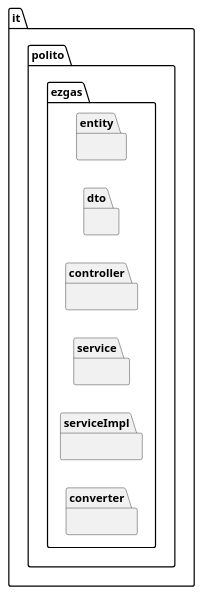
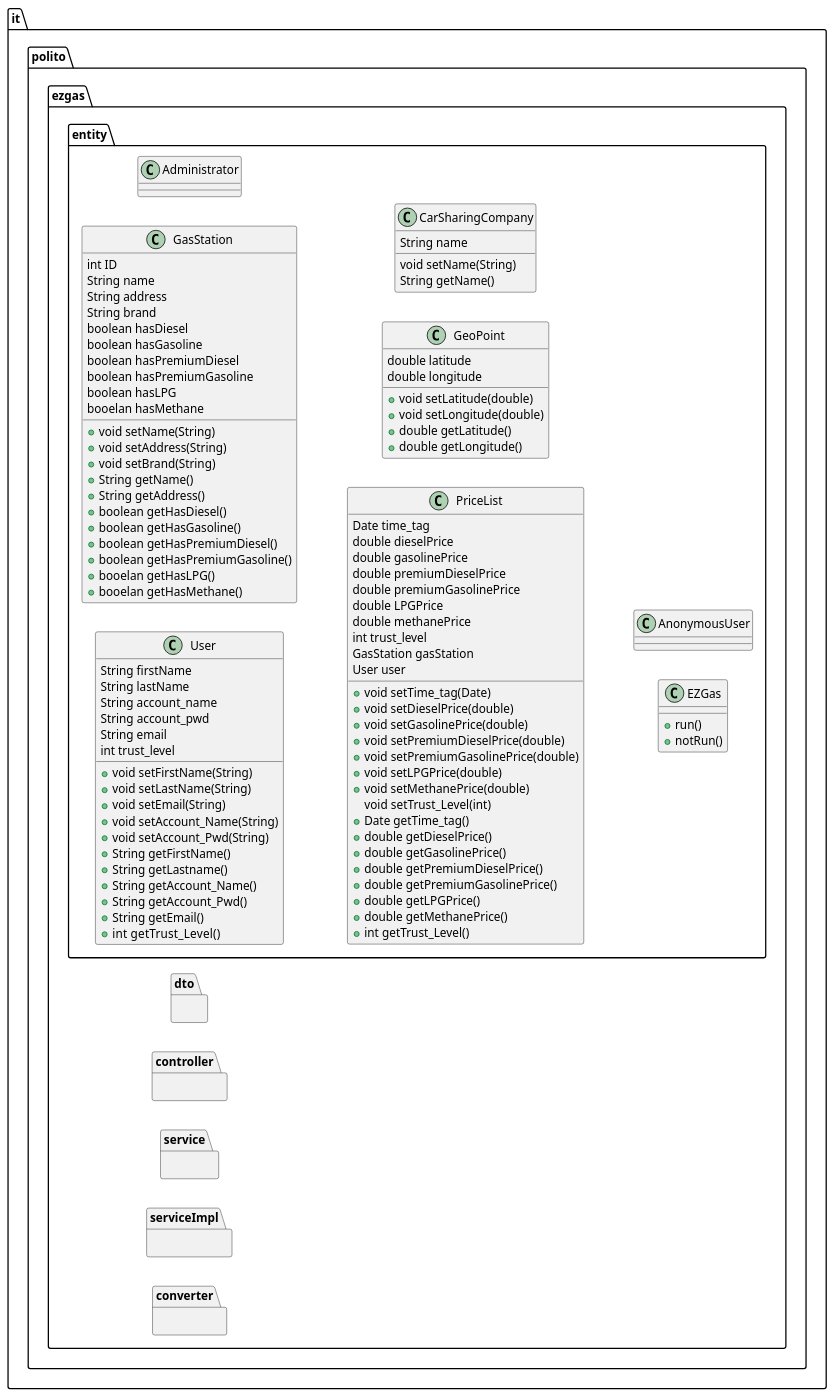
One commit to LucaOddoneSE/EZGas changed the fourth of 4 diagrams in docs/DesignDocument.md. Above: the diagram before and after it, drawn with PlantUML.

Commit message:
docs:adding entity classes

````diff
--- a/docs/DesignDocument.md
+++ b/docs/DesignDocument.md
@@ -227,11 +227,106 @@
 ```plantuml
 
 @startuml
-scale 200 width
-scale 700 height
 left to right direction
 
 package "it.polito.ezgas.entity" {
+   class User {
+    String firstName
+    String lastName
+    String account_name
+    String account_pwd
+    String email
+    int trust_level
+    __
+    +void setFirstName(String)
+    +void setLastName(String)
+    +void setEmail(String)
+    +void setAccount_Name(String)
+    +void setAccount_Pwd(String)
+    +String getFirstName()
+    +String getLastname()
+    +String getAccount_Name()
+    +String getAccount_Pwd()
+    +String getEmail()
+    +int  getTrust_Level()
+  }
+  class GasStation {
+    int ID
+    String name
+    String address
+    String brand
+    boolean hasDiesel
+    boolean hasGasoline
+    boolean hasPremiumDiesel
+    boolean hasPremiumGasoline
+    boolean hasLPG
+    booelan hasMethane
+    __
+    +void setName(String)
+    +void setAddress(String)
+    +void setBrand(String)
+    +String getName()
+    +String getAddress()
+    +boolean getHasDiesel()
+    +boolean getHasGasoline()
+    +boolean getHasPremiumDiesel()
+    +boolean getHasPremiumGasoline()
+    +booelan getHasLPG()
+    +booelan getHasMethane()
+  }
+  class Administrator {
+    
+  }
+  class PriceList {
+    Date time_tag
+    double dieselPrice
+    double gasolinePrice
+    double premiumDieselPrice
+    double premiumGasolinePrice
+    double LPGPrice
+    double methanePrice
+    int trust_level
+    GasStation gasStation
+    User user
+    __
+    +void setTime_tag(Date)
+    +void setDieselPrice(double)
+    +void setGasolinePrice(double)
+    +void setPremiumDieselPrice(double)
+    +void setPremiumGasolinePrice(double)
+    +void setLPGPrice(double)
+    +void setMethanePrice(double)
+    void setTrust_Level(int)
+    +Date getTime_tag()
+    +double getDieselPrice()
+    +double getGasolinePrice()
+    +double getPremiumDieselPrice()
+    +double getPremiumGasolinePrice()
+    +double getLPGPrice()
+    +double getMethanePrice()
+    +int getTrust_Level()
+  }
+  class GeoPoint {
+    double latitude
+    double longitude
+    __
+    +void setLatitude(double)
+    +void setLongitude(double)
+    +double getLatitude()
+    +double getLongitude()
+  }
+  class CarSharingCompany {
+    String name
+    __
+    void setName(String)
+    String getName()
+  }
+  class EZGas {
+    +run()
+    +notRun()
+  }
+  class AnonymousUser {
+  }
 }
 
 package "it.polito.ezgas.dto" {
````
